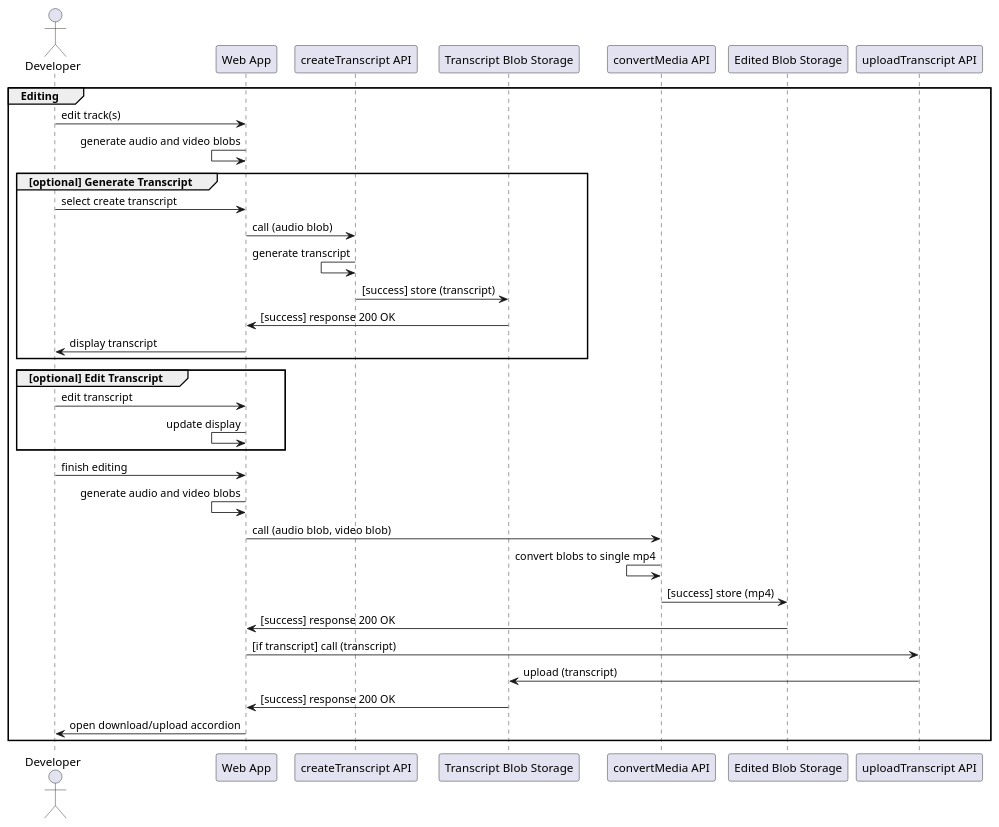
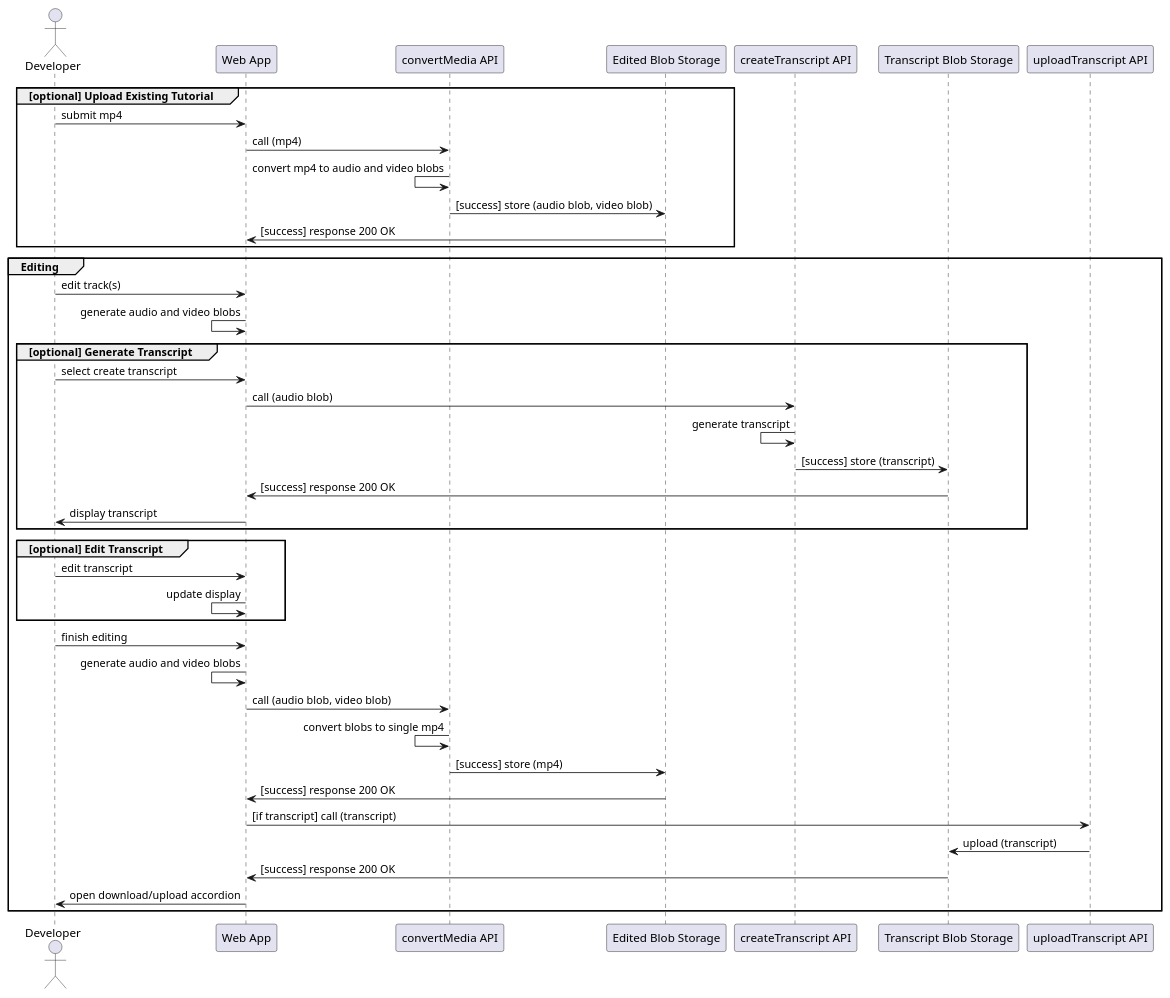
Before and after one commit to jennifer-platt/ECM2429-UML: the diagram in examples/editing.puml, drawn with PlantUML. The commit also changed 5 other files, not shown here.

Commit message:
Updated diagrams

```diff
--- a/examples/editing.puml
+++ b/examples/editing.puml
@@ -1,37 +1,45 @@
 @startuml editing
 
 Actor Developer
+
+group [optional] Upload Existing Tutorial
+Developer -> "Web App": submit mp4
+"Web App" -> "convertMedia API": call (mp4)
+"convertMedia API" <- "convertMedia API": convert mp4 to audio and video blobs
+"Edited Blob Storage" <- "convertMedia API": [success] store (audio blob, video blob)
+"Web App" <- "Edited Blob Storage": [success] response 200 OK
+end
 
 group Editing
 Developer -> "Web App": edit track(s)
 "Web App" <- "Web App": generate audio and video blobs
 
 group [optional] Generate Transcript
 Developer -> "Web App": select create transcript
 "Web App" -> "createTranscript API": call (audio blob)
 "createTranscript API" <- "createTranscript API": generate transcript
 "Transcript Blob Storage" <- "createTranscript API": [success] store (transcript)
 "Web App" <- "Transcript Blob Storage": [success] response 200 OK
 Developer <- "Web App": display transcript
 end
 
 group [optional] Edit Transcript
 Developer -> "Web App": edit transcript
 "Web App" <- "Web App": update display
 end
 
 Developer -> "Web App": finish editing
 "Web App" <- "Web App": generate audio and video blobs
 
 "Web App" -> "convertMedia API": call (audio blob, video blob)
 "convertMedia API" <- "convertMedia API": convert blobs to single mp4
 "Edited Blob Storage" <- "convertMedia API": [success] store (mp4)
 "Web App" <- "Edited Blob Storage": [success] response 200 OK
 
 "Web App" -> "uploadTranscript API": [if transcript] call (transcript)
 "uploadTranscript API" -> "Transcript Blob Storage": upload (transcript)
 "Web App" <- "Transcript Blob Storage": [success] response 200 OK
 Developer <- "Web App": open download/upload accordion
 end
 
 @enduml
```
